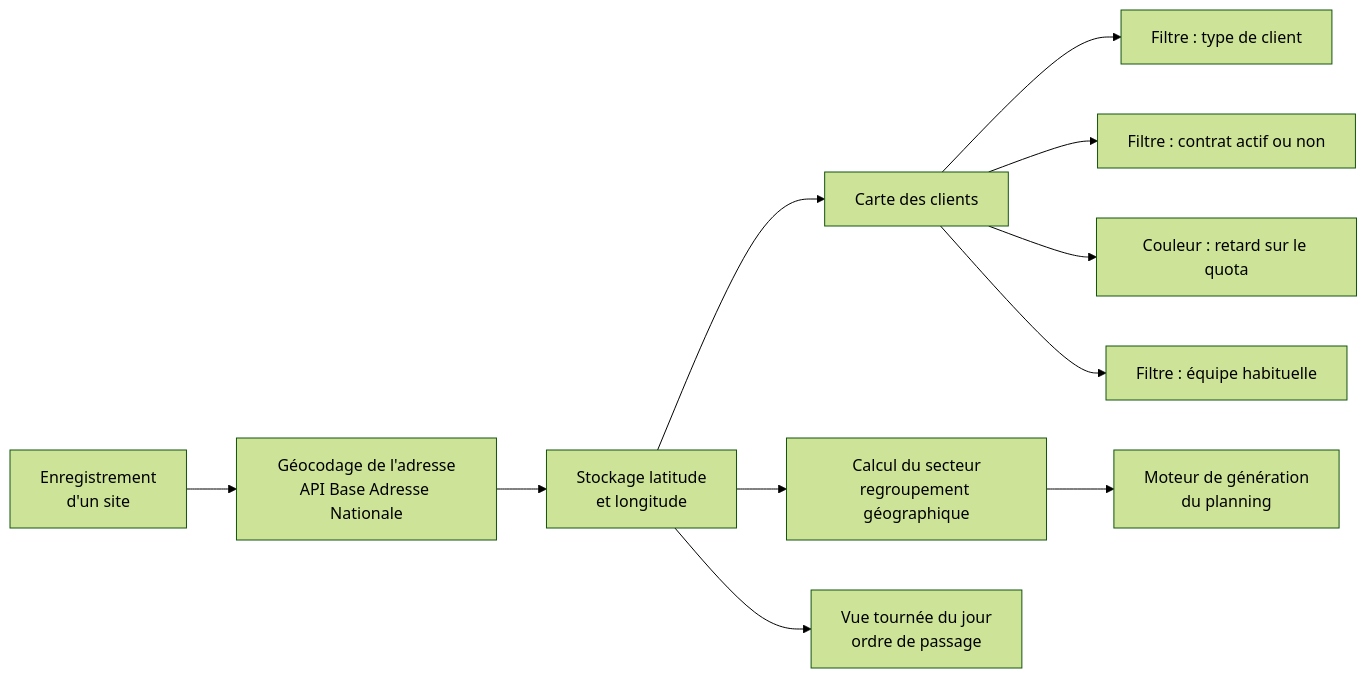
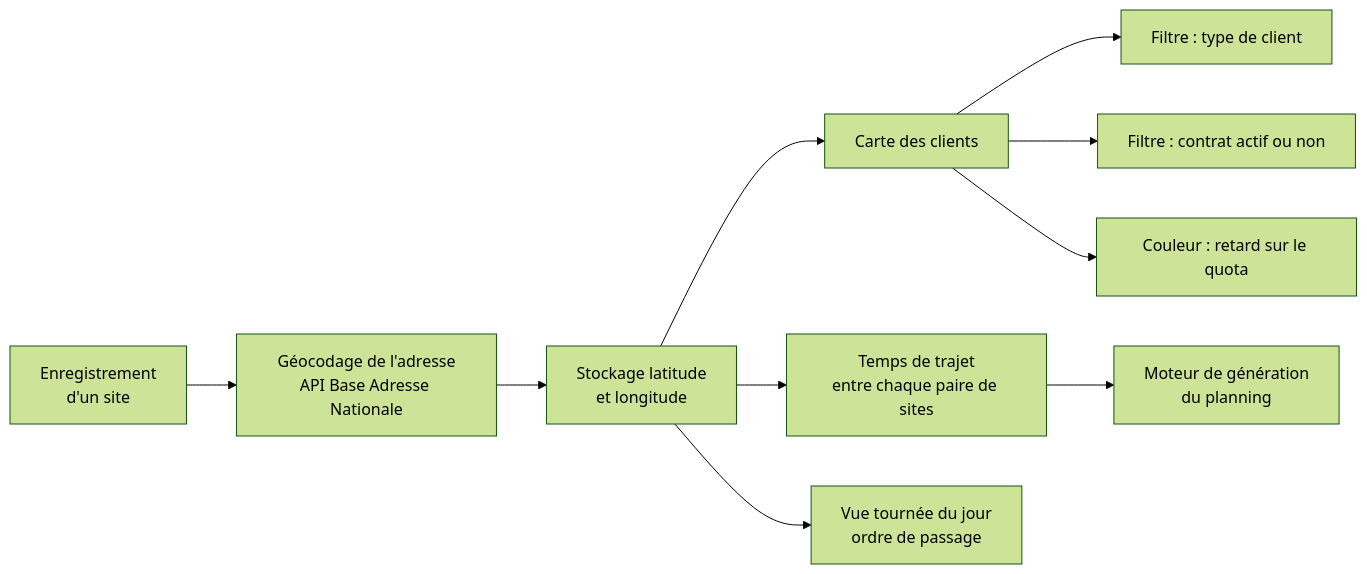
The eighth of 9 diagrams in docs/02-conception-poc.md (sladinji/Planisage), drawn with Mermaid (forest theme) before and after one commit. The commit also changed other lines of this file and 2 other files, not shown here.

````diff
--- a/docs/02-conception-poc.md
+++ b/docs/02-conception-poc.md
@@ -404,14 +452,13 @@
 ```mermaid
 flowchart LR
     SAVE["Enregistrement<br/>d'un site"] --> GEO["Géocodage de l'adresse<br/>API Base Adresse Nationale"]
     GEO --> STORE["Stockage latitude<br/>et longitude"]
     STORE --> MAP["Carte des clients"]
-    STORE --> SECT["Calcul du secteur<br/>regroupement géographique"]
+    STORE --> SECT["Temps de trajet<br/>entre chaque paire de sites"]
     SECT --> ENGINE["Moteur de génération<br/>du planning"]
     STORE --> TOUR["Vue tournée du jour<br/>ordre de passage"]
 
     MAP --> F1["Filtre : type de client"]
     MAP --> F2["Filtre : contrat actif ou non"]
     MAP --> F3["Couleur : retard sur le quota"]
-    MAP --> F4["Filtre : équipe habituelle"]
 ```
````
